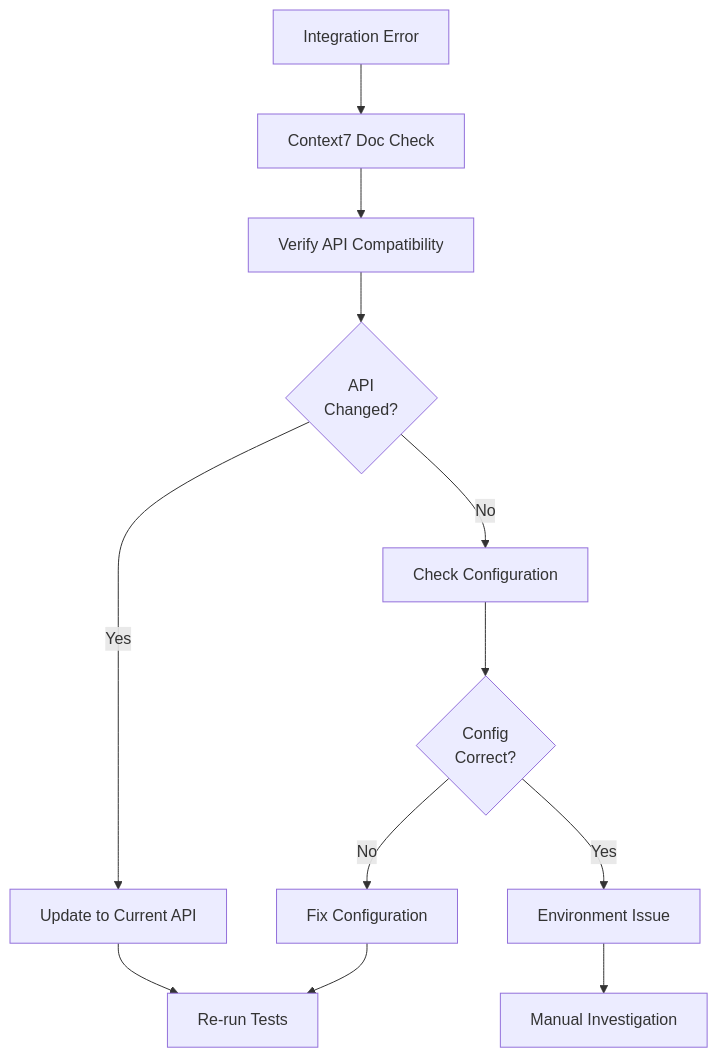
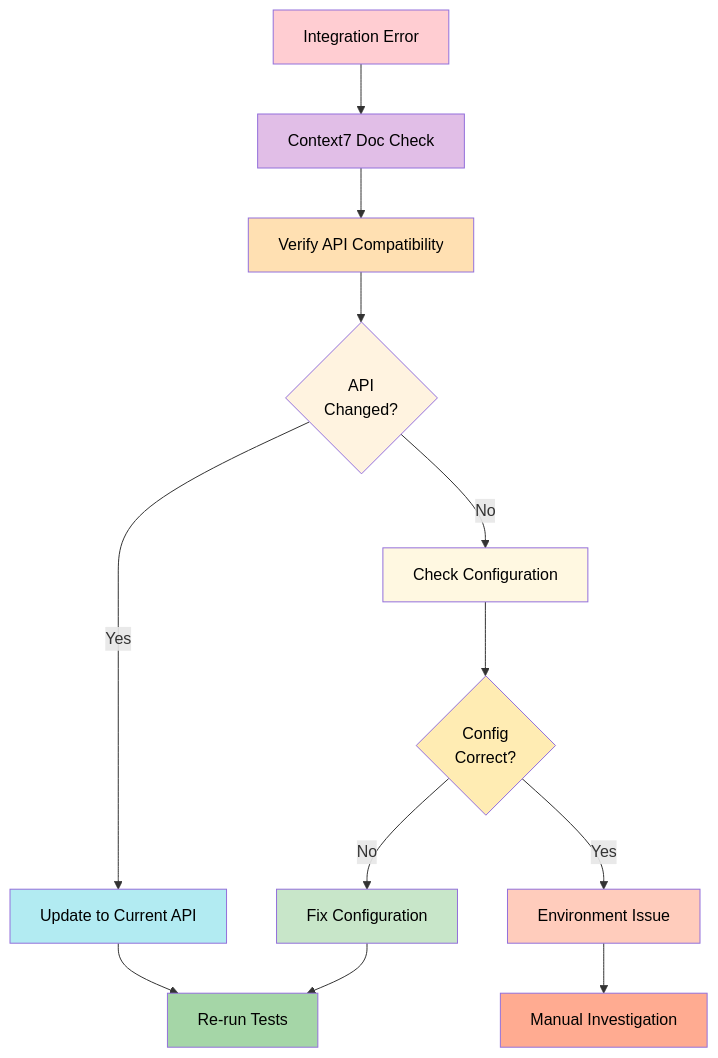
Diagram 17 of 17 in docs/06-workflow-patterns.md (bprzybys-nc/ctx-eng-plus), drawn with Mermaid before and after one commit. The commit also changed other lines of this file and 8 other files, not shown here.

````diff
--- a/docs/06-workflow-patterns.md
+++ b/docs/06-workflow-patterns.md
@@ -1565,14 +1696,26 @@
 ```mermaid
 graph TD
     A["Integration Error"] --> B["Context7 Doc Check"]
     B --> C["Verify API Compatibility"]
     C --> D{"API<br/>Changed?"}
     D -->|Yes| E["Update to Current API"]
     D -->|No| F["Check Configuration"]
     F --> G{"Config<br/>Correct?"}
     G -->|Yes| H["Environment Issue"]
     G -->|No| I["Fix Configuration"]
     E --> J["Re-run Tests"]
     I --> J
     H --> K["Manual Investigation"]
+
+    style A fill:#ffcdd2,color:#000
+    style B fill:#e1bee7,color:#000
+    style C fill:#ffe0b2,color:#000
+    style D fill:#fff3e0,color:#000
+    style E fill:#b2ebf2,color:#000
+    style F fill:#fff8e1,color:#000
+    style G fill:#ffecb3,color:#000
+    style H fill:#ffccbc,color:#000
+    style I fill:#c8e6c9,color:#000
+    style J fill:#a5d6a7,color:#000
+    style K fill:#ffab91,color:#000
 ```
````
